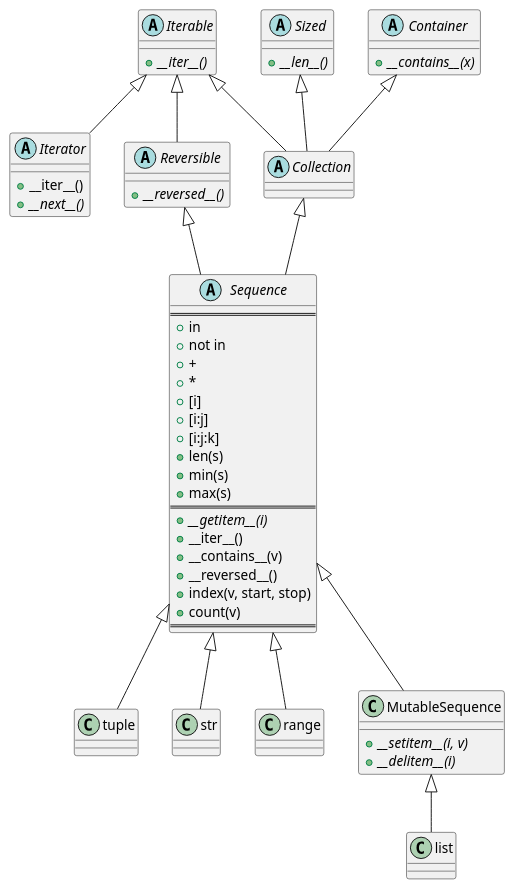
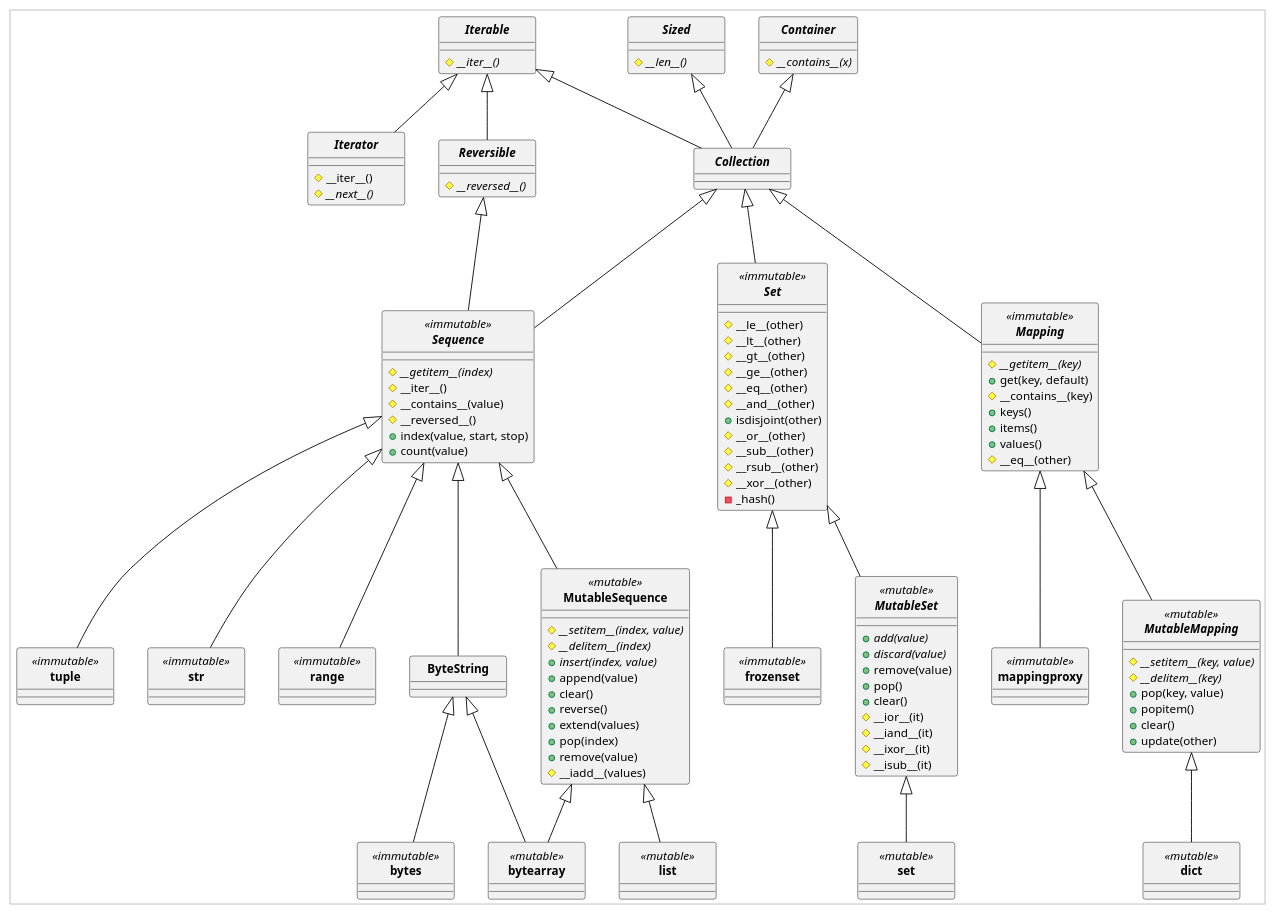
The diagram in python/collections.plantuml (3rdstage/models), drawn with PlantUML before and after one commit. The commit also changed 2 other files, not shown here.

Commit message:
Added a class diagram for Python's collections.abs (abstract base classes for collections) module.

```diff
--- a/python/collections.plantuml
+++ b/python/collections.plantuml
@@ -1,81 +1,139 @@
 @startuml
 
-' Compound Protocol / Token Contracts
-' https://github.com/compound-finance/compound-protocol/tree/v2.8.1/contracts
+' Python 3 Collections
+' https://github.com/python/cpython/blob/v3.8.5/Lib/_collections_abc.py
 
 ' https://plantuml.com/en/class-diagram
 ' https://plantuml-documentation.readthedocs.io/en/latest/formatting/all-skin-params.html
 ' https://plantuml-documentation.readthedocs.io/en/latest/formatting/all-skin-params.html#class
-skinparam class {
-  DefaultFontName Lucida Console
-  ClassFontName "Lucida Console"
-  ClassAttributeFontName Lucida Console
+
+skinparam {
+  'DefaultFontName Lucida Console
+  DefaultFontName Consolas
+  DefaultFontSize 12
+  DiagramBorderColor silver
+  DiagramBorderThickness 1
+  MinClassWidth 100
+  ClassFontStyle bold
 }
 
-' https://github.com/python/cpython/blob/v3.8.5/Lib/_collections_abc.py
+hide Circle
+'caption Python 3 Collections
 
 abstract class Iterable{
-  + {abstract} __iter__()
+  # {abstract} __iter__()
 }
 
 abstract class Iterator extends Iterable{
-  + __iter__()
-  + {abstract} __next__()
+  # __iter__()
+  # {abstract} __next__()
 } 
 
 abstract class Reversible extends Iterable{
-  + {abstract} __reversed__()
+  # {abstract} __reversed__()
 }
 
 abstract class Sized{
-  + {abstract} __len__()
+  # {abstract} __len__()
 }
 
 abstract class Container{
-  + {abstract} __contains__(x)
+  # {abstract} __contains__(x)
 }
 
-abstract class Collection extends Iterable, Sized, Container{
+abstract class Collection extends Iterable, Sized, Container
+
+abstract class Set <<immutable>> extends Collection{
+
+  # __le__(other)
+  # __lt__(other)
+  # __gt__(other)
+  # __ge__(other)
+  # __eq__(other)
+  # __and__(other)
+  + isdisjoint(other)
+  # __or__(other)
+  # __sub__(other)
+  # __rsub__(other)
+  # __xor__(other)
+  - _hash()
 }
 
-abstract class Sequence extends Reversible, Collection{
-  ==
-  + in
-  + not in
-  + +
-  + *
-  + [i]
-  + [i:j]
-  + [i:j:k]
-  + len(s)
-  + min(s)
-  + max(s)
-  ==
-  + {abstract} __getitem__(i)
-  + __iter__()
-  + __contains__(v)
-  + __reversed__()
-  + index(v, start, stop)
-  + count(v)
-  ==
+class frozenset <<immutable>> extends Set
+
+abstract class MutableSet <<mutable>> extends Set{
+
+  + {abstract} add(value)
+  + {abstract} discard(value)
+  + remove(value)
+  + pop()
+  + clear()
+  # __ior__(it)
+  # __iand__(it)
+  # __ixor__(it)
+  # __isub__(it)
 }
 
-class tuple extends Sequence{
+class set <<mutable>> extends MutableSet
+
+abstract class Mapping <<immutable>> extends Collection{
+  
+  # {abstract} __getitem__(key)
+  + get(key, default)
+  # __contains__(key)
+  + keys()
+  + items()
+  + values()
+  # __eq__(other)
 }
 
-class str extends Sequence{
+class mappingproxy <<immutable>> extends Mapping
+
+abstract class MutableMapping <<mutable>> extends Mapping{
+
+  # {abstract} __setitem__(key, value)
+  # {abstract} __delitem__(key)
+  + pop(key, value)
+  + popitem()
+  + clear()
+  + update(other)
 }
 
-class range extends Sequence{
+class dict <<mutable>> extends MutableMapping
+
+abstract class Sequence <<immutable>> extends Reversible, Collection {
+
+  # {abstract} __getitem__(index)
+  # __iter__()
+  # __contains__(value)
+  # __reversed__()
+  + index(value, start, stop)
+  + count(value)
 }
 
-class MutableSequence extends Sequence{
-  + {abstract} __setitem__(i, v)
-  + {abstract} __delitem__(i)
+class tuple <<immutable>> extends Sequence
+class str <<immutable>> extends Sequence
+class range <<immutable>> extends Sequence
+'class memoryview <<immutable>> extends Sequence
+
+class ByteString extends Sequence
+class bytes <<immutable>> extends ByteString
+class bytearray extends ByteString
+
+class MutableSequence <<mutable>> extends Sequence{
+  # {abstract} __setitem__(index, value)
+  # {abstract} __delitem__(index)
+  + {abstract} insert(index, value)
+  + append(value)
+  + clear()
+  + reverse()
+  + extend(values)
+  + pop(index)
+  + remove(value)
+  # __iadd__(values)
 }
 
-
-class list extends MutableSequence{
-}
+class list <<mutable>> extends MutableSequence
+class bytearray <<mutable>> extends MutableSequence
 
 @enduml
```
